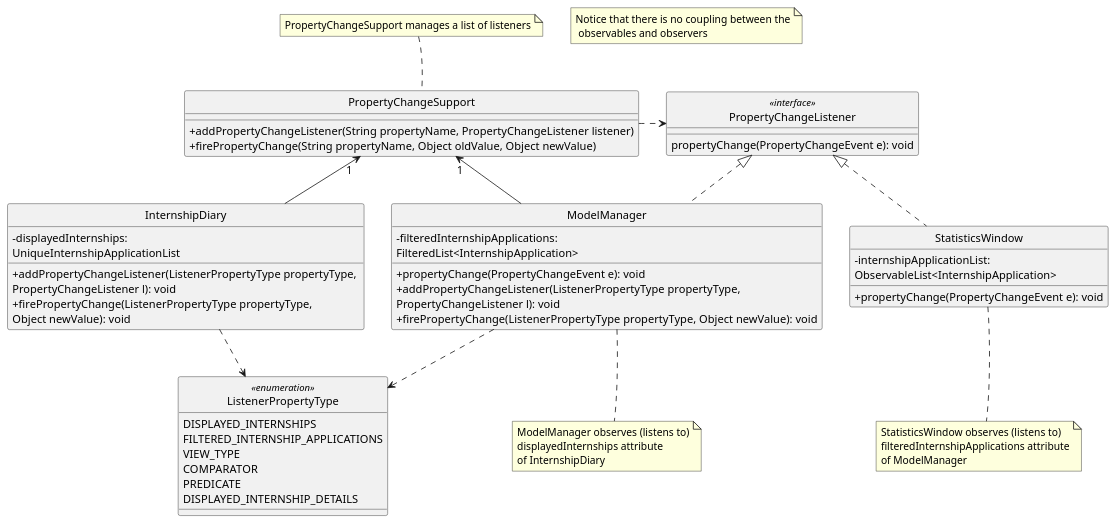
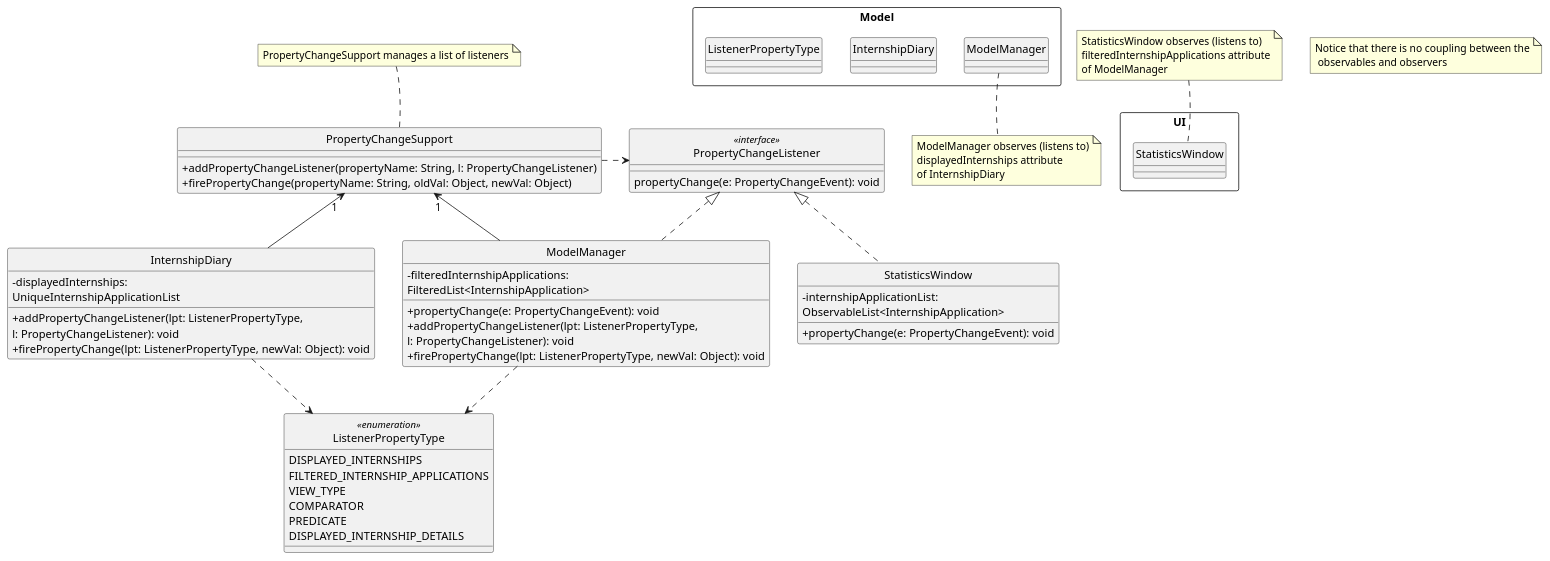
One commit to wxwxwxwx9/main changed the diagram in docs/diagrams/InternshipDiaryAndModelManagerPropertyChangeEnumClassDiagram.puml. Above: the diagram before and after it, drawn with PlantUML. The commit also changed 7 other files, not shown here.

```diff
--- a/docs/diagrams/InternshipDiaryAndModelManagerPropertyChangeEnumClassDiagram.puml
+++ b/docs/diagrams/InternshipDiaryAndModelManagerPropertyChangeEnumClassDiagram.puml
@@ -1,91 +1,92 @@
 @startuml
 
 hide circle
 skinparam classAttributeIconSize 0
 
-'package Model <<Rectangle>> {
-'    class InternshipDiary
-'    class ModelManager
-'    enum ListenerPropertyType
-'}
-'
-'package UI <<Rectangle>> {
-'    class StatisticsWindow
-'}
+package Model <<Rectangle>> {
+    class InternshipDiary
+    class ModelManager
+    enum ListenerPropertyType
+}
+
+package UI <<Rectangle>> {
+    class StatisticsWindow
+}
 
 note "PropertyChangeSupport manages a list of listeners" as manageListeners
 PropertyChangeSupport .up[hidden]. manageListeners
 PropertyChangeSupport .up. manageListeners
 
 note "ModelManager observes (listens to)\ndisplayedInternships attribute\nof InternshipDiary" as modelManagerObserves
+modelManagerObserves .up. ModelManager
 modelManagerObserves .up[hidden]. ModelManager
-modelManagerObserves .up. ModelManager
+
 
 note "StatisticsWindow observes (listens to)\nfilteredInternshipApplications attribute\nof ModelManager" as statisticsWindowObserves
-statisticsWindowObserves .up[hidden]. StatisticsWindow
-statisticsWindowObserves .up. StatisticsWindow
+statisticsWindowObserves .down[hidden]. StatisticsWindow
+statisticsWindowObserves .down. StatisticsWindow
 
 note "Notice that there is no coupling between the\n observables and observers" as N1
 
 Class InternshipDiary {
     - displayedInternships: \nUniqueInternshipApplicationList
-    + addPropertyChangeListener(ListenerPropertyType propertyType, \nPropertyChangeListener l): void
-    + firePropertyChange(ListenerPropertyType propertyType, \nObject newValue): void
+    + addPropertyChangeListener(lpt: ListenerPropertyType, \nl: PropertyChangeListener): void
+    + firePropertyChange(lpt: ListenerPropertyType, newVal: Object): void
 }
 
 Class ModelManager implements PropertyChangeListener {
     - filteredInternshipApplications: \nFilteredList<InternshipApplication>
-    + propertyChange(PropertyChangeEvent e): void
-    + addPropertyChangeListener(ListenerPropertyType propertyType, \nPropertyChangeListener l): void
-    + firePropertyChange(ListenerPropertyType propertyType, Object newValue): void
+    + propertyChange(e: PropertyChangeEvent): void
+    + addPropertyChangeListener(lpt: ListenerPropertyType, \nl: PropertyChangeListener): void
+    + firePropertyChange(lpt: ListenerPropertyType, newVal: Object): void
 '    - refreshFilteredInternshipApplications(Object newInternshipApplications)
 '    - fireAllPropertyChanges(): void
 }
 
 Class StatisticsWindow implements PropertyChangeListener {
     - internshipApplicationList: \nObservableList<InternshipApplication>
-    + propertyChange(PropertyChangeEvent e): void
+    + propertyChange(e: PropertyChangeEvent): void
 }
 
 class PropertyChangeListener <<interface>> {
-    propertyChange(PropertyChangeEvent e): void
+    propertyChange(e: PropertyChangeEvent): void
 }
 
 class PropertyChangeSupport {
-    + addPropertyChangeListener(String propertyName, PropertyChangeListener listener)
-    + firePropertyChange(String propertyName, Object oldValue, Object newValue)
+    + addPropertyChangeListener(propertyName: String, l: PropertyChangeListener)
+    + firePropertyChange(propertyName: String, oldVal: Object, newVal: Object)
 }
 
 InternshipDiary -up-> "1" PropertyChangeSupport
 ModelManager -up-> "1" PropertyChangeSupport
 
 PropertyChangeSupport .right.> PropertyChangeListener
 
 enum ListenerPropertyType <<enumeration>> {
     DISPLAYED_INTERNSHIPS
     FILTERED_INTERNSHIP_APPLICATIONS
     VIEW_TYPE
     COMPARATOR
     PREDICATE
     DISPLAYED_INTERNSHIP_DETAILS
 }
 
 InternshipDiary ..> ListenerPropertyType
 ModelManager ..> ListenerPropertyType
 
 'StatisticsWindow -left- ModelManager: observes\n (listens to) >
 
 'ModelManager -left- InternshipDiary: observes\n (listens to) >
 
 '        logic.addPropertyChangeListener(FILTERED_INTERNSHIP_APPLICATIONS, internshipApplicationListPanel);
 '        logic.addPropertyChangeListener(FILTERED_INTERNSHIP_APPLICATIONS, statisticsWindow);
 '        logic.addPropertyChangeListener(FILTERED_INTERNSHIP_APPLICATIONS, statisticsBarFooter);
 '        logic.addPropertyChangeListener(COMPARATOR, comparatorDisplayFooter);
 '        logic.addPropertyChangeListener(PREDICATE, predicateDisplayFooter);
 '        logic.addPropertyChangeListener(PREDICATE, internshipApplicationDetailSetter);
 '        logic.addPropertyChangeListener(VIEW_TYPE, viewDisplayFooter);
 '        logic.addPropertyChangeListener(DISPLAYED_INTERNSHIP_DETAIL, internshipApplicationDetailSetter);
 
 
 
 @enduml
```
